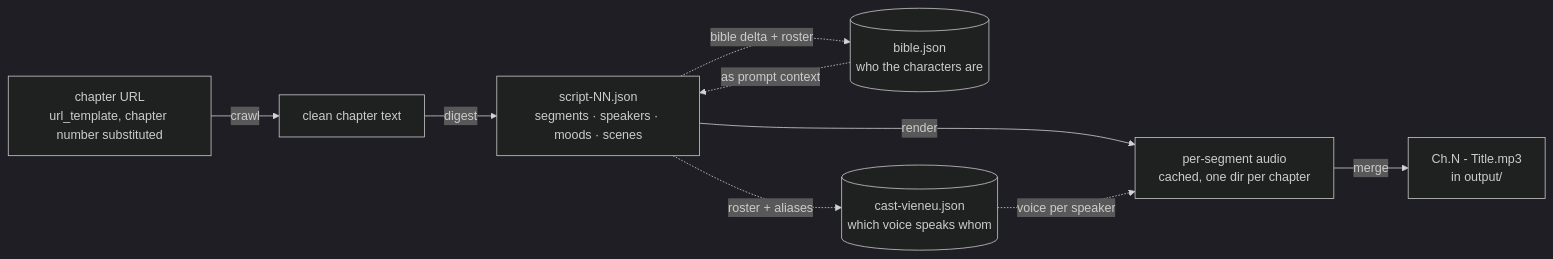
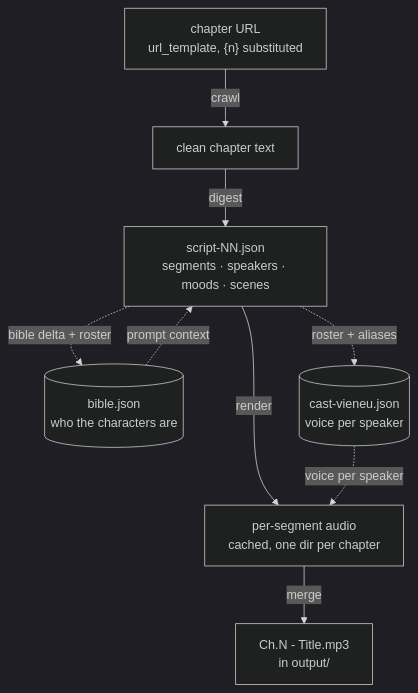
The first of 3 diagrams in README.md (lhuthng/storycast), drawn with Mermaid (dark theme) before and after one commit. The commit also changed other lines of this file and 8 other files, not shown here.

Commit message:
fix: roster are fetched instantly as it should be

````diff
--- a/README.md
+++ b/README.md
@@ -46,11 +42,11 @@
 ```mermaid
-flowchart LR
-    URL["chapter URL<br/>url_template, chapter number substituted"] -->|crawl| TEXT["clean chapter text"]
+flowchart TB
+    URL["chapter URL<br/>url_template, {n} substituted"] -->|crawl| TEXT["clean chapter text"]
     TEXT -->|digest| SCRIPT["script-NN.json<br/>segments · speakers · moods · scenes"]
-    BIBLE[("bible.json<br/>who the characters are")] -.->|"as prompt context"| SCRIPT
+    BIBLE[("bible.json<br/>who the characters are")] -.->|"prompt context"| SCRIPT
     SCRIPT -.->|"bible delta + roster"| BIBLE
-    SCRIPT -.->|"roster + aliases"| CAST[("cast-vieneu.json<br/>which voice speaks whom")]
+    SCRIPT -.->|"roster + aliases"| CAST[("cast-vieneu.json<br/>voice per speaker")]
     SCRIPT -->|render| SEGS["per-segment audio<br/>cached, one dir per chapter"]
     CAST -.->|"voice per speaker"| SEGS
     SEGS -->|merge| OUT["Ch.N - Title.mp3<br/>in output/"]
 ```
````
